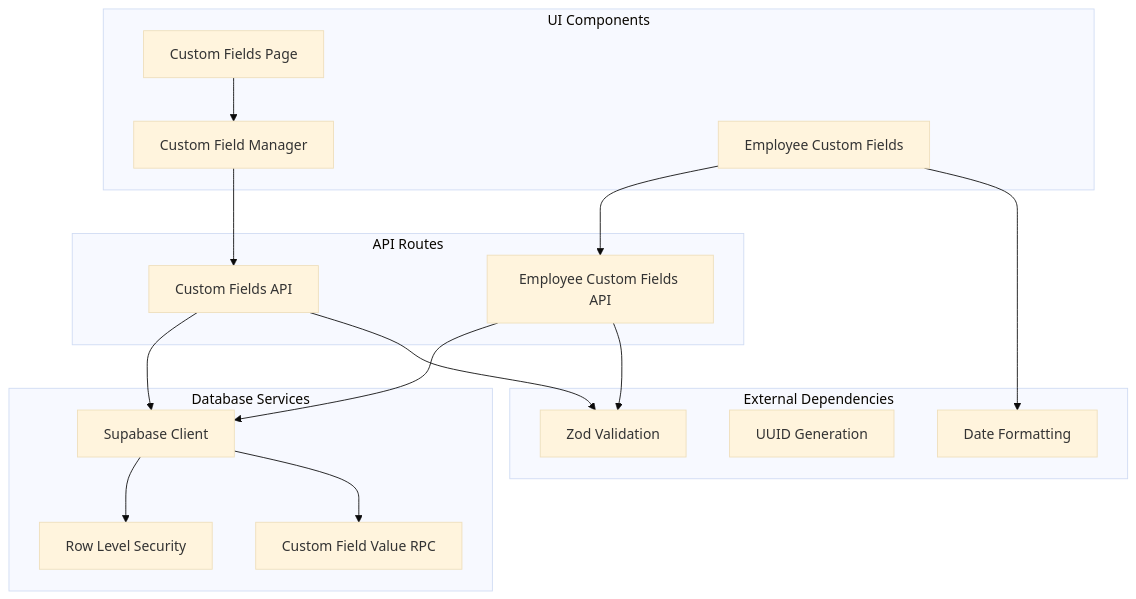
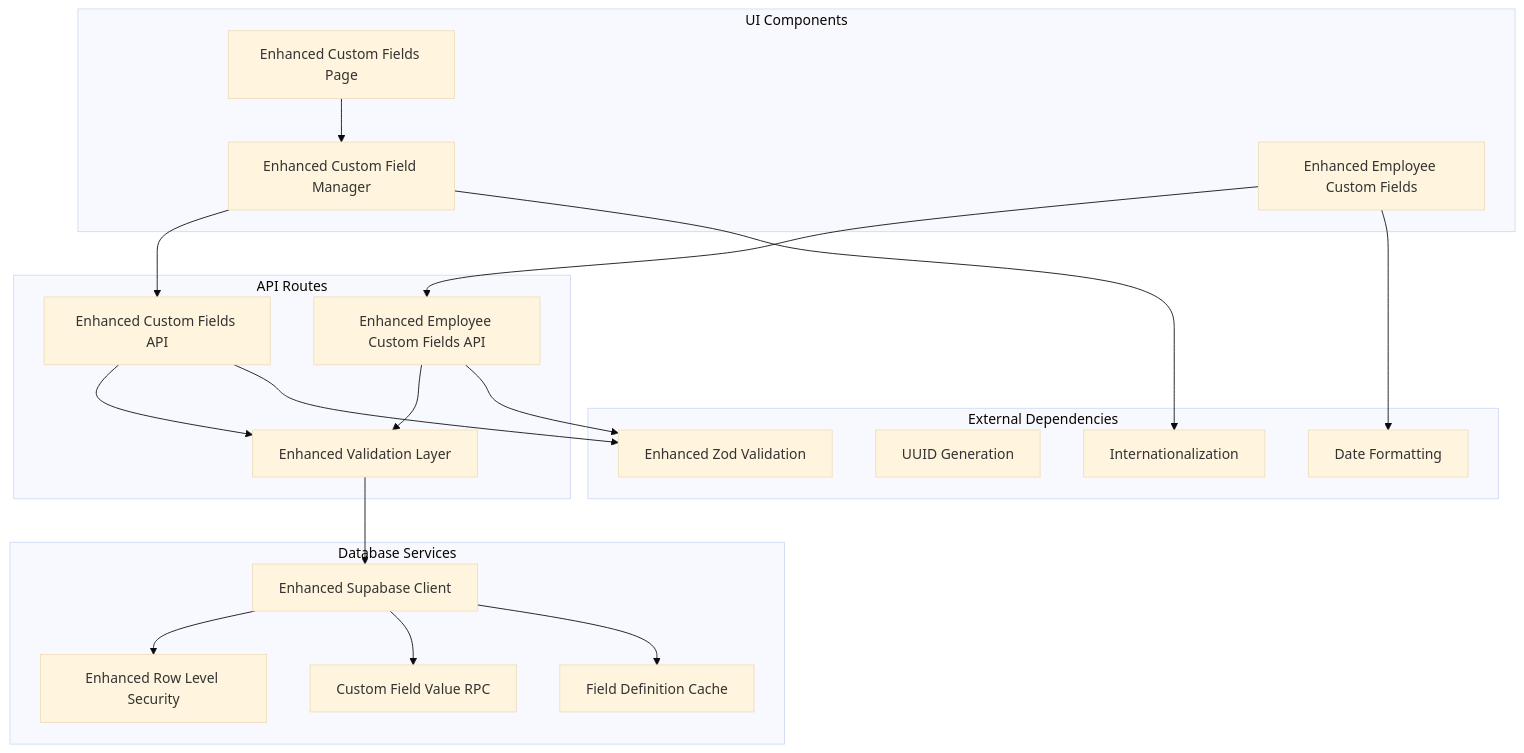
Before and after one commit to EdwinCycling/LiquidHR: the sixth of 6 diagrams in .qoder/repowiki/en/content/Advanced Features/Custom Fields System/Custom Fields System.md, drawn with Mermaid (base theme). The commit also changed other lines of this file and 26 other files, not shown here.

````diff
--- a/.qoder/repowiki/en/content/Advanced Features/Custom Fields System/Custom Fields System.md
+++ b/.qoder/repowiki/en/content/Advanced Features/Custom Fields System/Custom Fields System.md
@@ -253,32 +434,38 @@
 ```mermaid
 graph TD
 subgraph "UI Components"
-CFPage["Custom Fields Page"]
-CFManager["Custom Field Manager"]
-EmployeeCF["Employee Custom Fields"]
+CFPage["Enhanced Custom Fields Page"]
+CFManager["Enhanced Custom Field Manager"]
+EmployeeCF["Enhanced Employee Custom Fields"]
 end
 subgraph "API Routes"
-CFRoutes["Custom Fields API"]
-EmployeeCFRoutes["Employee Custom Fields API"]
+CFRoutes["Enhanced Custom Fields API"]
+EmployeeCFRoutes["Enhanced Employee Custom Fields API"]
+ValidationLayer["Enhanced Validation Layer"]
 end
 subgraph "Database Services"
-Supabase["Supabase Client"]
-RLS["Row Level Security"]
+Supabase["Enhanced Supabase Client"]
+RLS["Enhanced Row Level Security"]
 RPC["Custom Field Value RPC"]
+Cache["Field Definition Cache"]
 end
 subgraph "External Dependencies"
-Zod["Zod Validation"]
+Zod["Enhanced Zod Validation"]
 UUID["UUID Generation"]
 DateFns["Date Formatting"]
+i18n["Internationalization"]
 end
 CFPage --> CFManager
 CFManager --> CFRoutes
 EmployeeCF --> EmployeeCFRoutes
-CFRoutes --> Supabase
-EmployeeCFRoutes --> Supabase
+CFRoutes --> ValidationLayer
+EmployeeCFRoutes --> ValidationLayer
+ValidationLayer --> Supabase
 Supabase --> RLS
 Supabase --> RPC
+Supabase --> Cache
 CFRoutes --> Zod
 EmployeeCFRoutes --> Zod
 EmployeeCF --> DateFns
+CFManager --> i18n
 ```
````
